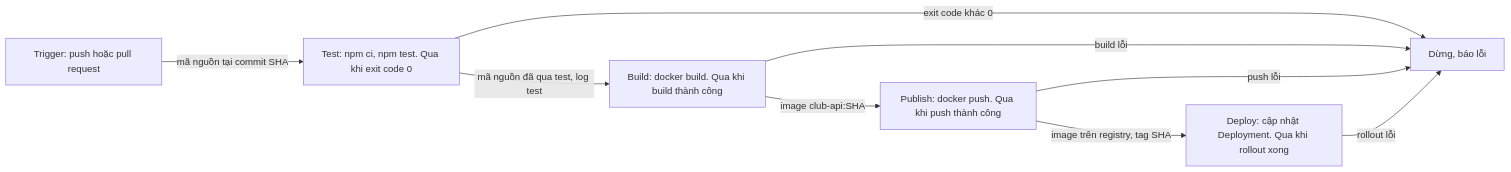
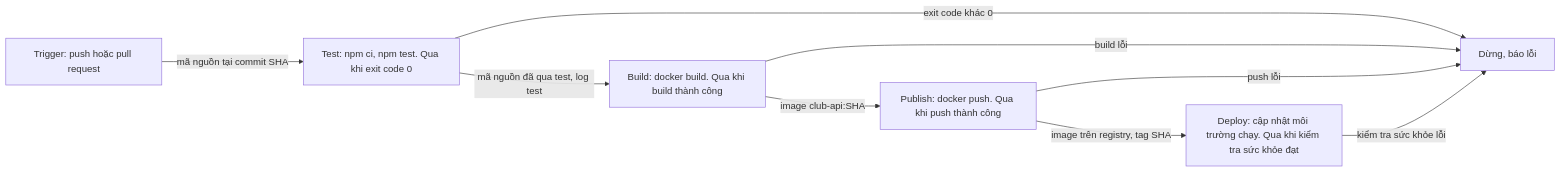
Before and after one commit to TienNHM/devops-course: the diagram in mentors/walkthroughs/week-08.md, drawn with Mermaid. The commit also changed other lines of this file and 165 other files, not shown here.

````diff
--- a/mentors/walkthroughs/week-08.md
+++ b/mentors/walkthroughs/week-08.md
@@ -25,11 +23,11 @@
 ```mermaid
 flowchart LR
     T["Trigger: push hoặc pull request"] -->|"mã nguồn tại commit SHA"| A["Test: npm ci, npm test. Qua khi exit code 0"]
     A -->|"mã nguồn đã qua test, log test"| B["Build: docker build. Qua khi build thành công"]
     B -->|"image club-api:SHA"| C["Publish: docker push. Qua khi push thành công"]
-    C -->|"image trên registry, tag SHA"| D["Deploy: cập nhật Deployment. Qua khi rollout xong"]
+    C -->|"image trên registry, tag SHA"| D["Deploy: cập nhật môi trường chạy. Qua khi kiểm tra sức khỏe đạt"]
     A -->|"exit code khác 0"| X["Dừng, báo lỗi"]
     B -->|"build lỗi"| X
     C -->|"push lỗi"| X
-    D -->|"rollout lỗi"| X
+    D -->|"kiểm tra sức khỏe lỗi"| X
 ```
````
